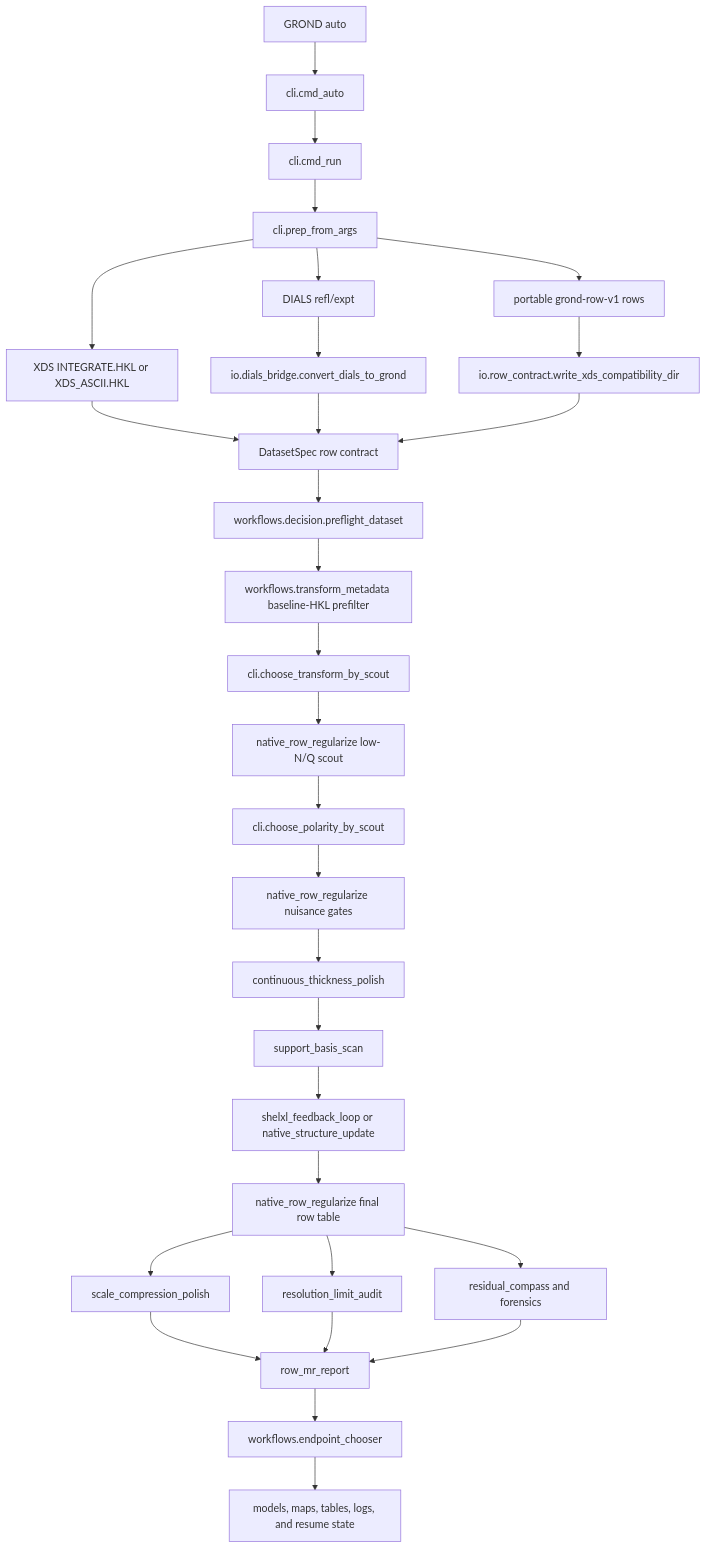
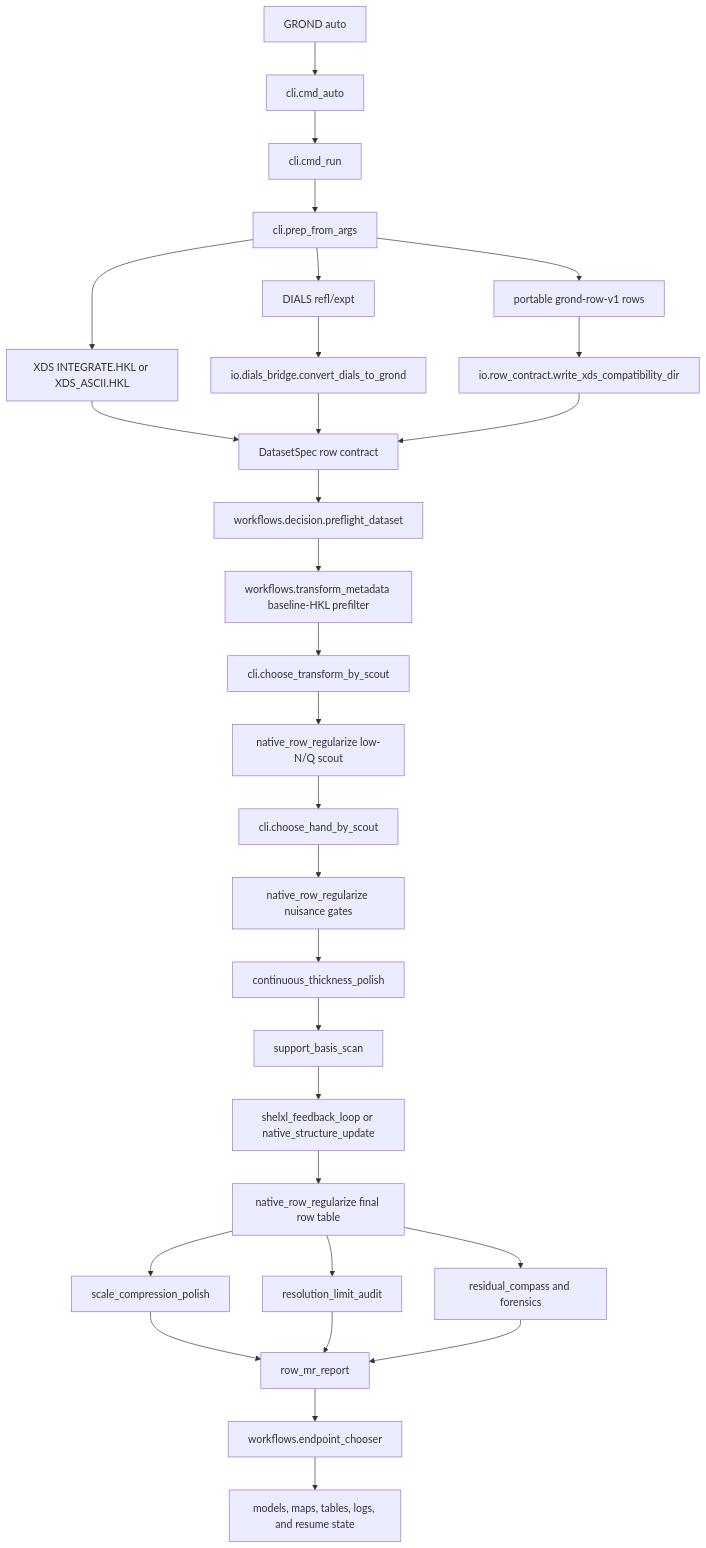
One commit to Martynowycz-Lab/GROND changed the first of 2 diagrams in docs/CODE_MAP.md. Above: the diagram before and after it, drawn with Mermaid. The commit also changed other lines of this file and 27 other files, not shown here.

````diff
--- a/docs/CODE_MAP.md
+++ b/docs/CODE_MAP.md
@@ -64,32 +64,32 @@
 ```mermaid
 flowchart TD
     A["GROND auto"] --> B["cli.cmd_auto"]
     B --> C["cli.cmd_run"]
     C --> D["cli.prep_from_args"]
     D --> E["XDS INTEGRATE.HKL or XDS_ASCII.HKL"]
     D --> F["DIALS refl/expt"]
     D --> Y["portable grond-row-v1 rows"]
     F --> G["io.dials_bridge.convert_dials_to_grond"]
     Y --> Z["io.row_contract.write_xds_compatibility_dir"]
     E --> H["DatasetSpec row contract"]
     G --> H
     Z --> H
     H --> I["workflows.decision.preflight_dataset"]
     I --> J["workflows.transform_metadata baseline-HKL prefilter"]
     J --> K["cli.choose_transform_by_scout"]
     K --> L["native_row_regularize low-N/Q scout"]
-    L --> M["cli.choose_polarity_by_scout"]
+    L --> M["cli.choose_hand_by_scout"]
     M --> N["native_row_regularize nuisance gates"]
     N --> O["continuous_thickness_polish"]
     O --> P["support_basis_scan"]
     P --> Q["shelxl_feedback_loop or native_structure_update"]
     Q --> R["native_row_regularize final row table"]
     R --> S["scale_compression_polish"]
     R --> T["resolution_limit_audit"]
     R --> U["residual_compass and forensics"]
     S --> V["row_mr_report"]
     T --> V
     U --> V
     V --> W["workflows.endpoint_chooser"]
     W --> X["models, maps, tables, logs, and resume state"]
 ```
````
